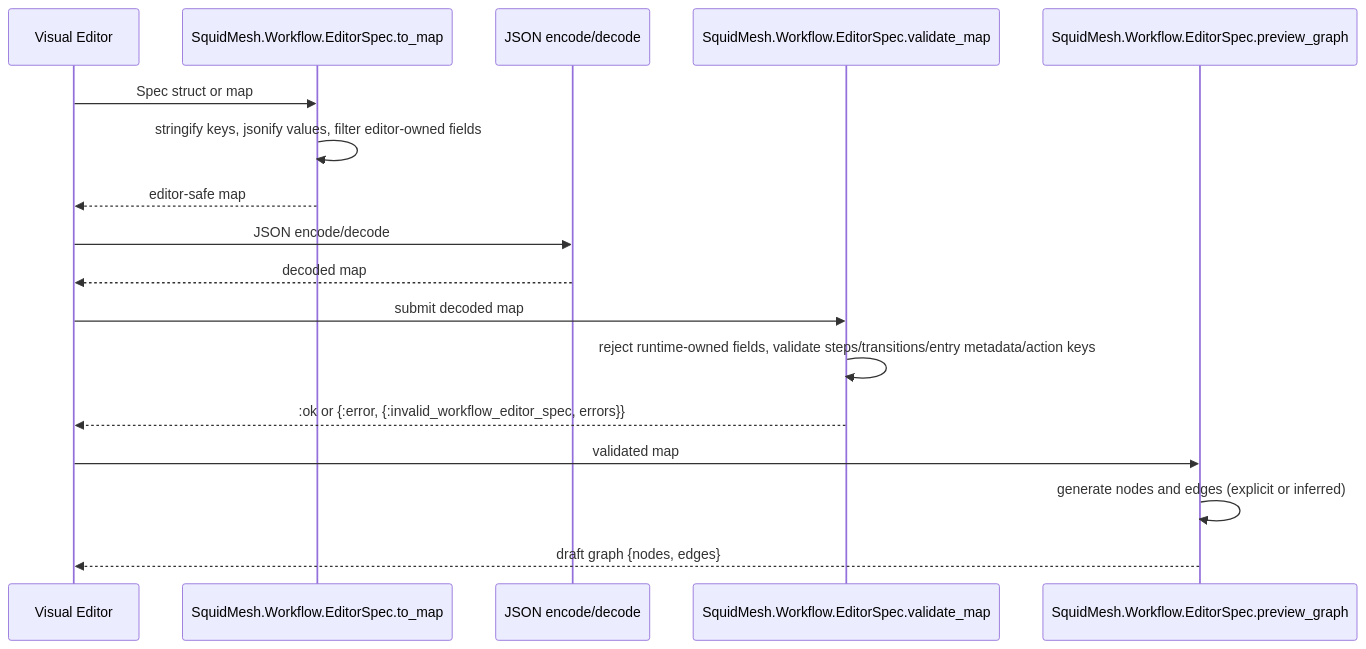
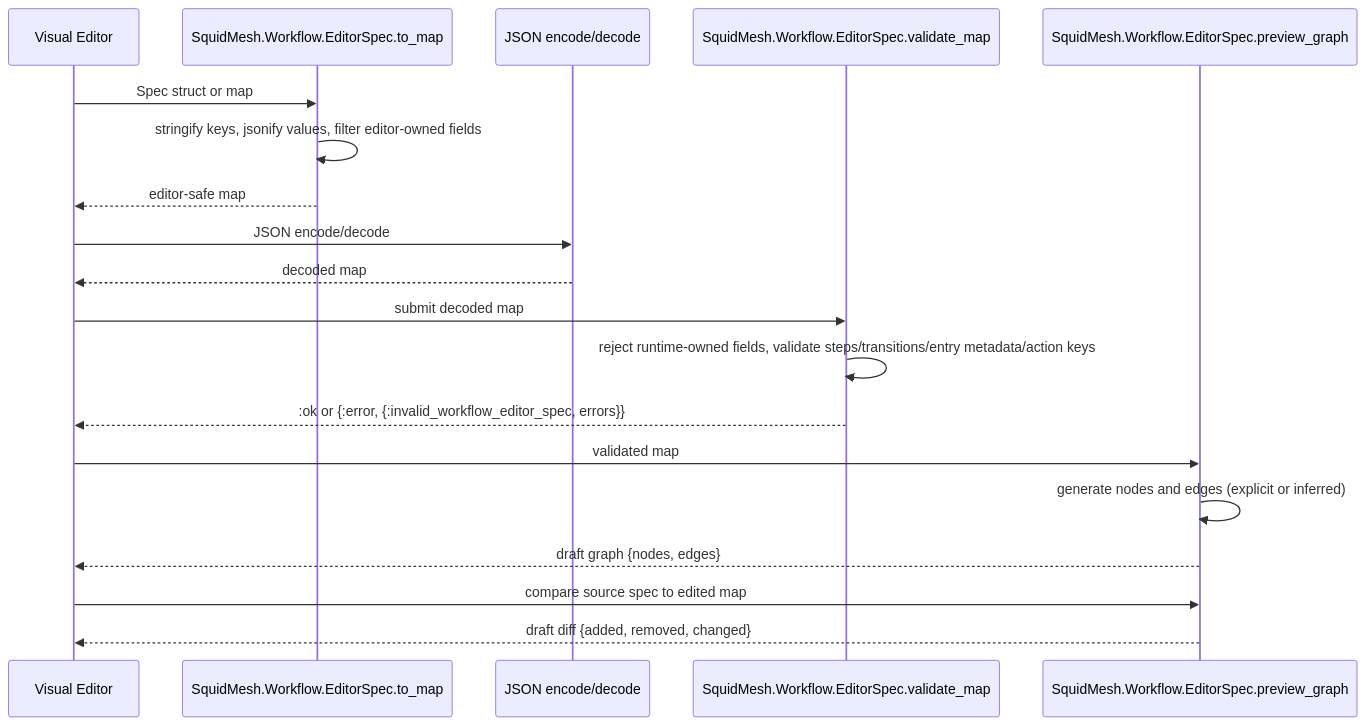
The diagram in docs/workflow_authoring.md (agentjido/jizoku), drawn with Mermaid before and after one commit. The commit also changed other lines of this file and 9 other files, not shown here.

First line of the commit message:
feat: diff editor workflow drafts

````diff
--- a/docs/workflow_authoring.md
+++ b/docs/workflow_authoring.md
@@ -179,19 +184,21 @@
 ```mermaid
 sequenceDiagram
   participant Editor as Visual Editor
   participant ToMap as SquidMesh.Workflow.EditorSpec.to_map
   participant JSON as JSON encode/decode
   participant Validate as SquidMesh.Workflow.EditorSpec.validate_map
   participant Preview as SquidMesh.Workflow.EditorSpec.preview_graph
   Editor->>ToMap: Spec struct or map
   ToMap->>ToMap: stringify keys, jsonify values, filter editor-owned fields
   ToMap-->>Editor: editor-safe map
   Editor->>JSON: JSON encode/decode
   JSON-->>Editor: decoded map
   Editor->>Validate: submit decoded map
   Validate->>Validate: reject runtime-owned fields, validate steps/transitions/entry metadata/action keys
   Validate-->>Editor: :ok or {:error, {:invalid_workflow_editor_spec, errors}}
   Editor->>Preview: validated map
   Preview->>Preview: generate nodes and edges (explicit or inferred)
   Preview-->>Editor: draft graph {nodes, edges}
+  Editor->>Preview: compare source spec to edited map
+  Preview-->>Editor: draft diff {added, removed, changed}
 ```
````
